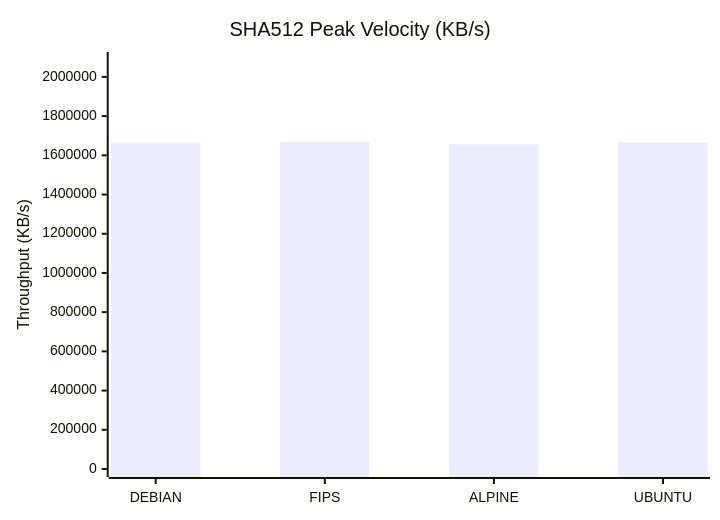
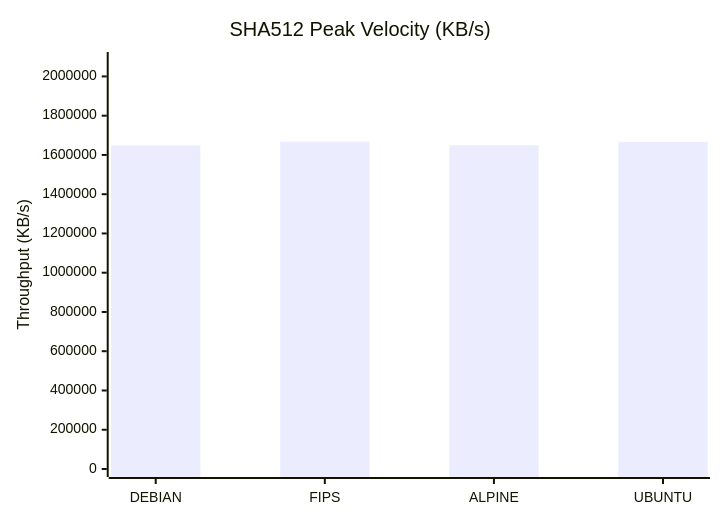
The fourth of 9 diagrams in docs/Comparison_Report.md (taha2samy/openssl_fips), drawn with Mermaid before and after one commit. The commit also changed other lines of this file and 2 other files, not shown here.

````diff
--- a/docs/Comparison_Report.md
+++ b/docs/Comparison_Report.md
@@ -83,7 +83,7 @@
 ```mermaid
 xychart-beta
     title "SHA512 Peak Velocity (KB/s)"
     x-axis [DEBIAN, FIPS, ALPINE, UBUNTU]
-    y-axis "Throughput (KB/s)" 0 --> 2086256
-    bar [1666531.33, 1669005.31, 1656266.75, 1666138.11]
+    y-axis "Throughput (KB/s)" 0 --> 2083665
+    bar [1648369.66, 1666932.74, 1649115.14, 1666441.22]
 ```
````
